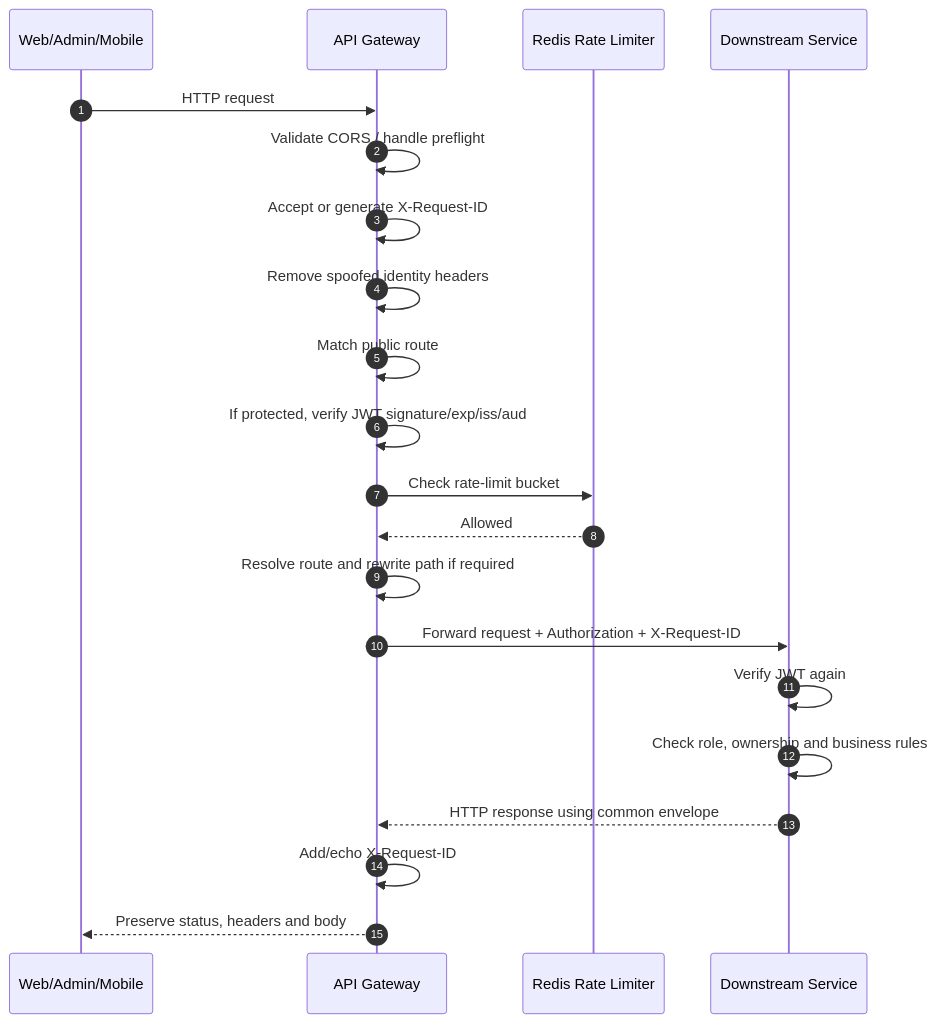
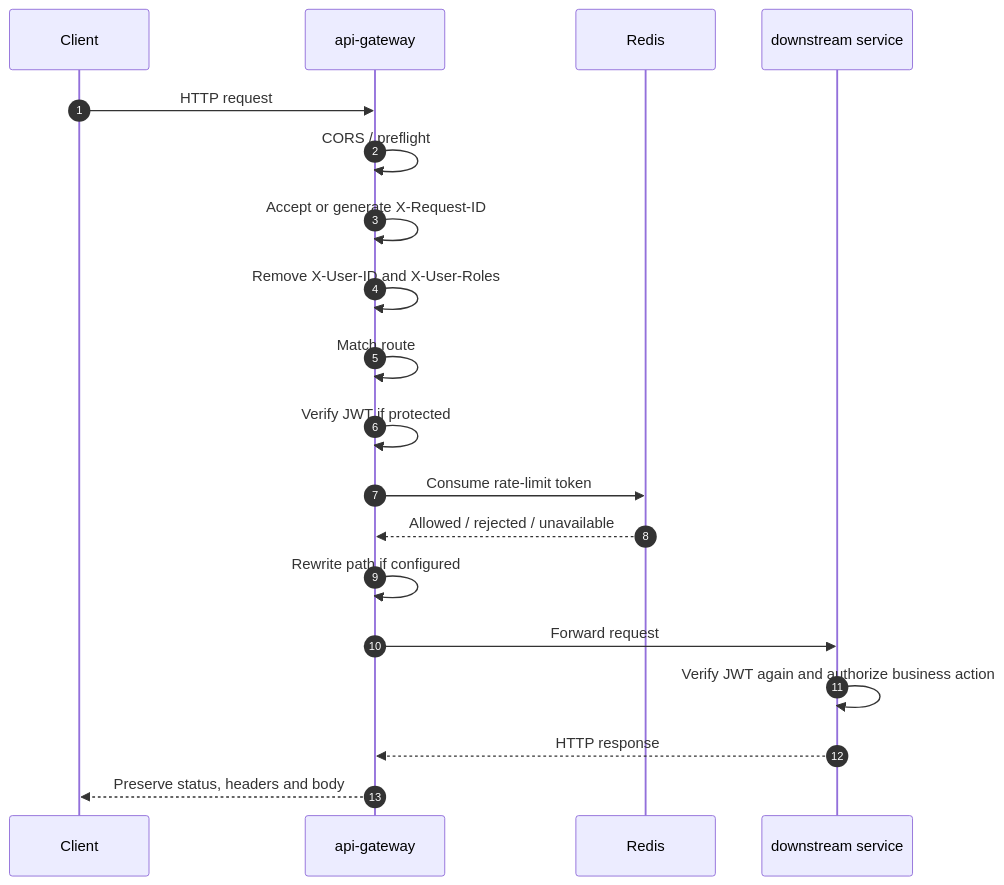
One commit to software-design-138gogo/tickefy-backend changed the first of 4 diagrams in docs/contracts/flows/api-gateway-flow.md. Above: the diagram before and after it, drawn with Mermaid. The commit also changed other lines of this file and 1 other file, not shown here.

Commit message:
docs(gateway): update API gateway contracts

````diff
--- a/docs/contracts/flows/api-gateway-flow.md
+++ b/docs/contracts/flows/api-gateway-flow.md
@@ -67,24 +16,22 @@
 ```mermaid
 sequenceDiagram
     autonumber
-    participant Client as Web/Admin/Mobile
-    participant Gateway as API Gateway
-    participant Redis as Redis Rate Limiter
-    participant Service as Downstream Service
+    participant Client
+    participant Gateway as api-gateway
+    participant Redis
+    participant Service as downstream service
 
     Client->>Gateway: HTTP request
-    Gateway->>Gateway: Validate CORS / handle preflight
+    Gateway->>Gateway: CORS / preflight
     Gateway->>Gateway: Accept or generate X-Request-ID
-    Gateway->>Gateway: Remove spoofed identity headers
-    Gateway->>Gateway: Match public route
-    Gateway->>Gateway: If protected, verify JWT signature/exp/iss/aud
-    Gateway->>Redis: Check rate-limit bucket
-    Redis-->>Gateway: Allowed
-    Gateway->>Gateway: Resolve route and rewrite path if required
-    Gateway->>Service: Forward request + Authorization + X-Request-ID
-    Service->>Service: Verify JWT again
-    Service->>Service: Check role, ownership and business rules
-    Service-->>Gateway: HTTP response using common envelope
-    Gateway->>Gateway: Add/echo X-Request-ID
+    Gateway->>Gateway: Remove X-User-ID and X-User-Roles
+    Gateway->>Gateway: Match route
+    Gateway->>Gateway: Verify JWT if protected
+    Gateway->>Redis: Consume rate-limit token
+    Redis-->>Gateway: Allowed / rejected / unavailable
+    Gateway->>Gateway: Rewrite path if configured
+    Gateway->>Service: Forward request
+    Service->>Service: Verify JWT again and authorize business action
+    Service-->>Gateway: HTTP response
     Gateway-->>Client: Preserve status, headers and body
 ```
````
